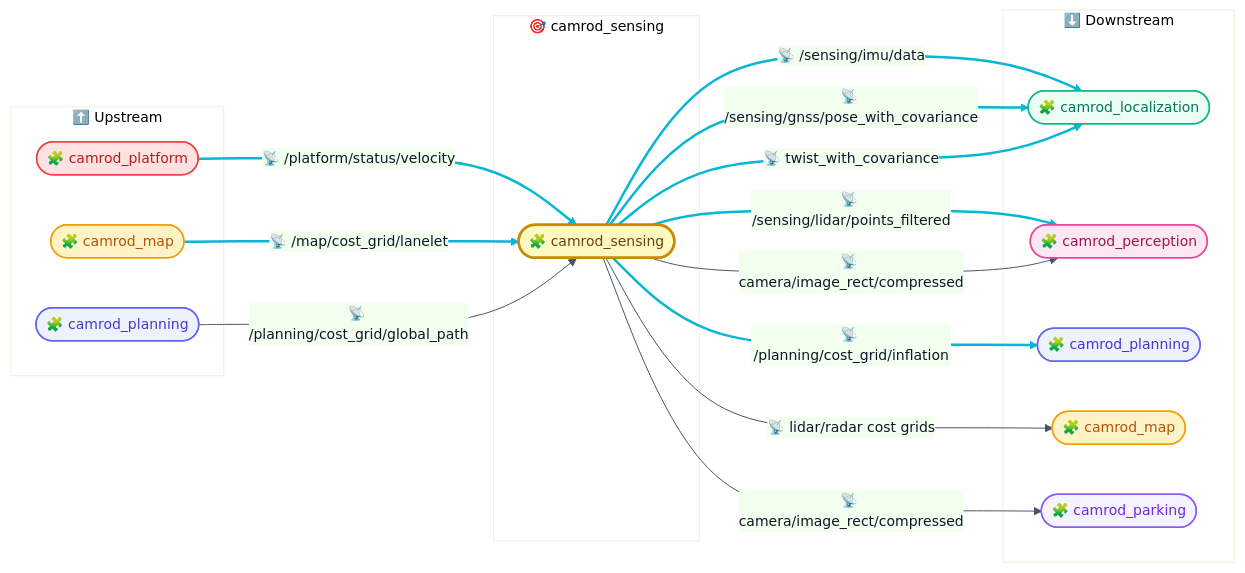
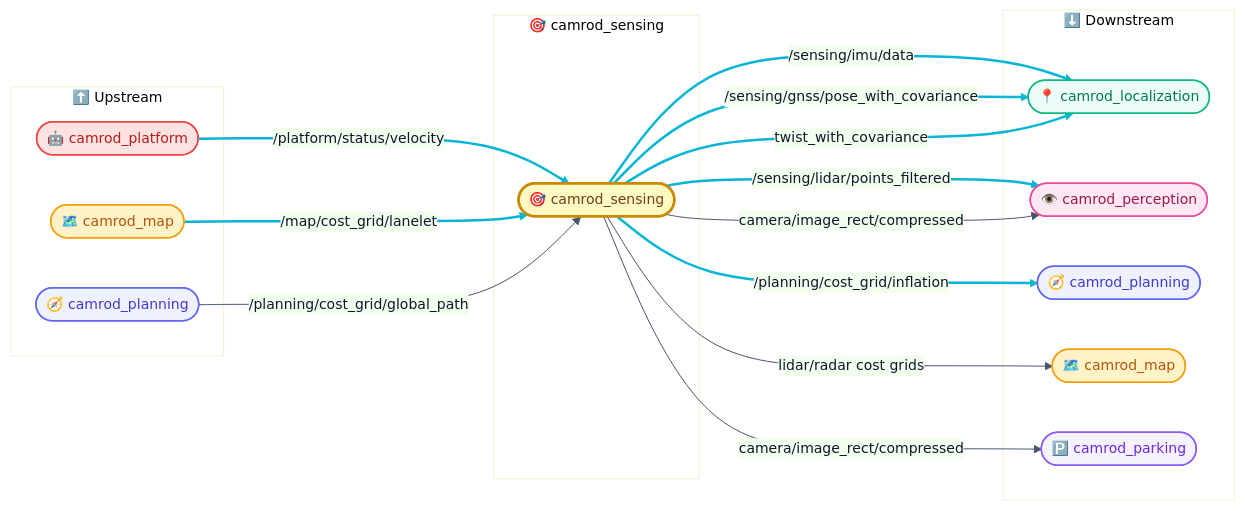
One commit to hwanhonglee/CAMROD changed the first of 3 diagrams in camrod_sensing/README.md. Above: the diagram before and after it, drawn with Mermaid. The commit also changed other lines of this file and 11 other files, not shown here.

First line of the commit message:
docs: fix Mermaid syntax errors and reduce emoji overuse in all READMEs

````diff
--- a/camrod_sensing/README.md
+++ b/camrod_sensing/README.md
@@ -39,50 +39,50 @@
 ```mermaid
 %%{init: {'theme': 'base', 'themeVariables': {'fontFamily': 'ui-sans-serif, system-ui, sans-serif', 'fontSize': '14px', 'primaryColor': '#EEF2FF', 'primaryTextColor': '#0F172A', 'primaryBorderColor': '#6366F1', 'lineColor': '#475569'}, 'flowchart': {'curve': 'basis', 'htmlLabels': true, 'padding': 12}}}%%
 graph LR
   classDef sensing      fill:#ECFEFF,stroke:#06B6D4,stroke-width:1.5px,color:#0E7490;
   classDef localization fill:#ECFDF5,stroke:#10B981,stroke-width:1.5px,color:#047857;
   classDef mapping      fill:#FEF3C7,stroke:#F59E0B,stroke-width:1.5px,color:#B45309;
   classDef perception   fill:#FCE7F3,stroke:#EC4899,stroke-width:1.5px,color:#9D174D;
   classDef planning     fill:#EEF2FF,stroke:#6366F1,stroke-width:1.5px,color:#4338CA;
   classDef platform     fill:#FEE2E2,stroke:#EF4444,stroke-width:1.5px,color:#B91C1C;
   classDef parking      fill:#F5F3FF,stroke:#8B5CF6,stroke-width:1.5px,color:#6D28D9;
   classDef system       fill:#F1F5F9,stroke:#64748B,stroke-width:1.5px,color:#334155;
   classDef ui           fill:#FFF7ED,stroke:#F97316,stroke-width:1.5px,color:#C2410C;
   classDef topic        fill:#F8FAFC,stroke:#94A3B8,stroke-width:1px,color:#475569,font-style:italic;
   classDef config       fill:#FFFBEB,stroke:#D97706,stroke-width:1.5px,color:#92400E;
   classDef hardware     fill:#FAFAFA,stroke:#6B7280,stroke-width:1.5px,color:#374151;
   classDef highlight    fill:#FEF9C3,stroke:#CA8A04,stroke-width:2.5px,color:#713F12;
 
   subgraph UP["⬆️ Upstream"]
-    PLAT([🧩 camrod_platform]):::platform
-    MAP([🧩 camrod_map]):::mapping
-    PLAN_IN([🧩 camrod_planning]):::planning
+    PLAT([🤖 camrod_platform]):::platform
+    MAP([🗺️ camrod_map]):::mapping
+    PLAN_IN([🧭 camrod_planning]):::planning
   end
 
   subgraph CS["🎯 camrod_sensing"]
-    SENS([🧩 camrod_sensing]):::highlight
+    SENS([🎯 camrod_sensing]):::highlight
   end
 
   subgraph DN["⬇️ Downstream"]
-    LOC([🧩 camrod_localization]):::localization
-    PERC([🧩 camrod_perception]):::perception
-    PLAN_OUT([🧩 camrod_planning]):::planning
-    MAP_VIZ([🧩 camrod_map]):::mapping
-    PARK([🧩 camrod_parking]):::parking
+    LOC([📍 camrod_localization]):::localization
+    PERC([👁️ camrod_perception]):::perception
+    PLAN_OUT([🧭 camrod_planning]):::planning
+    MAP_VIZ([🗺️ camrod_map]):::mapping
+    PARK([🅿️ camrod_parking]):::parking
   end
 
-  PLAT  ==>|📡 /platform/status/velocity| SENS
-  MAP   ==>|📡 /map/cost_grid/lanelet| SENS
-  PLAN_IN -->|📡 /planning/cost_grid/global_path| SENS
+  PLAT  ==>|/platform/status/velocity| SENS
+  MAP   ==>|/map/cost_grid/lanelet| SENS
+  PLAN_IN -->|/planning/cost_grid/global_path| SENS
 
-  SENS ==>|📡 /sensing/imu/data| LOC
-  SENS ==>|📡 /sensing/gnss/pose_with_covariance| LOC
-  SENS ==>|📡 twist_with_covariance| LOC
-  SENS ==>|📡 /sensing/lidar/points_filtered| PERC
-  SENS ==>|📡 /planning/cost_grid/inflation| PLAN_OUT
-  SENS -->|📡 lidar/radar cost grids| MAP_VIZ
-  SENS -->|📡 camera/image_rect/compressed| PARK
-  SENS -->|📡 camera/image_rect/compressed| PERC
+  SENS ==>|/sensing/imu/data| LOC
+  SENS ==>|/sensing/gnss/pose_with_covariance| LOC
+  SENS ==>|twist_with_covariance| LOC
+  SENS ==>|/sensing/lidar/points_filtered| PERC
+  SENS ==>|/planning/cost_grid/inflation| PLAN_OUT
+  SENS -->|lidar/radar cost grids| MAP_VIZ
+  SENS -->|camera/image_rect/compressed| PARK
+  SENS -->|camera/image_rect/compressed| PERC
 
   linkStyle 0,1,3,4,5,6,7 stroke:#06B6D4,stroke-width:2.5px;
 ```
````
